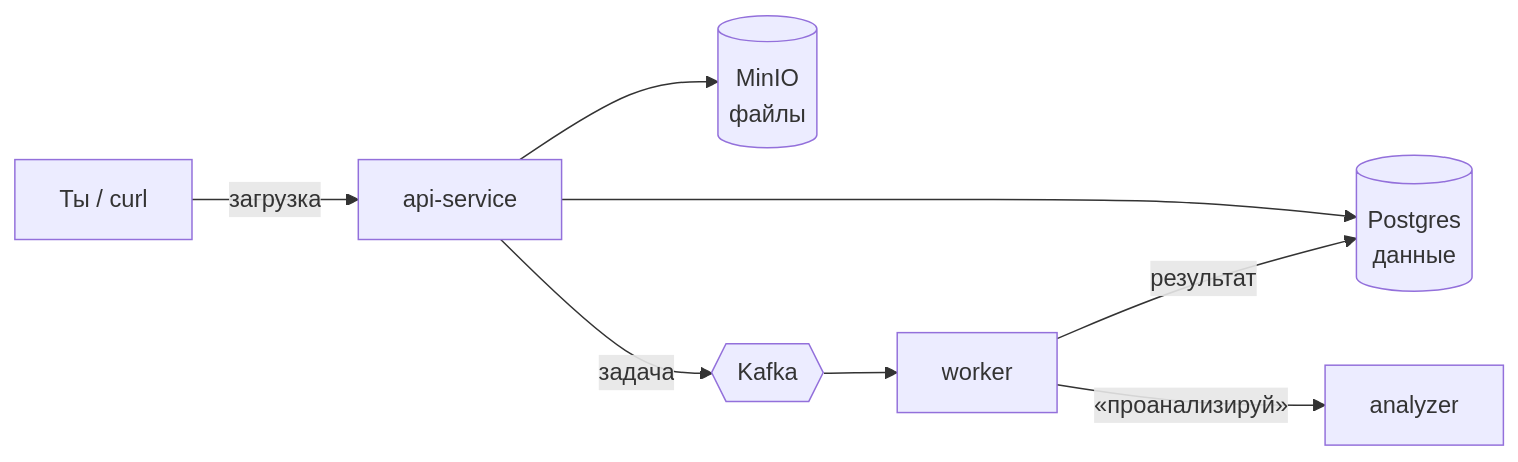
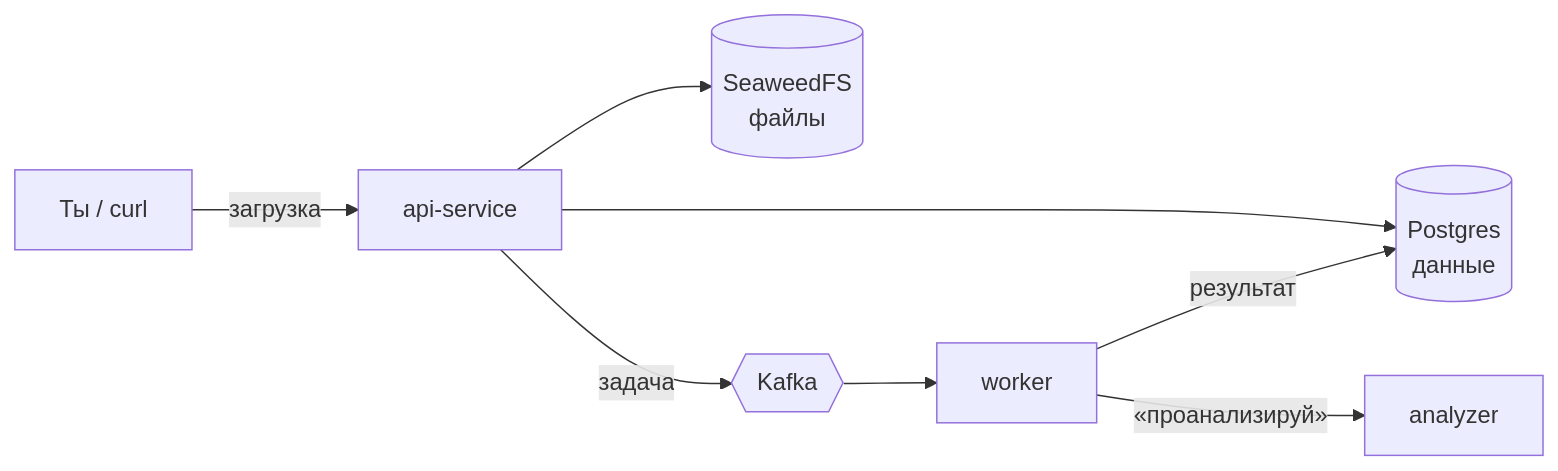
Before and after one commit to marimirals/photo-analysis: the diagram in README.md, drawn with Mermaid. The commit also changed other lines of this file and 3 other files, not shown here.

````diff
--- a/README.md
+++ b/README.md
@@ -14,10 +14,10 @@
 ```mermaid
 flowchart LR
     C[Ты / curl] -->|загрузка| API[api-service]
-    API --> S3[(MinIO<br/>файлы)]
+    API --> S3[(SeaweedFS<br/>файлы)]
     API --> PG[(Postgres<br/>данные)]
     API -->|задача| K{{Kafka}}
     K --> W[worker]
     W -->|«проанализируй»| AN[analyzer]
     W -->|результат| PG
 ```
````
